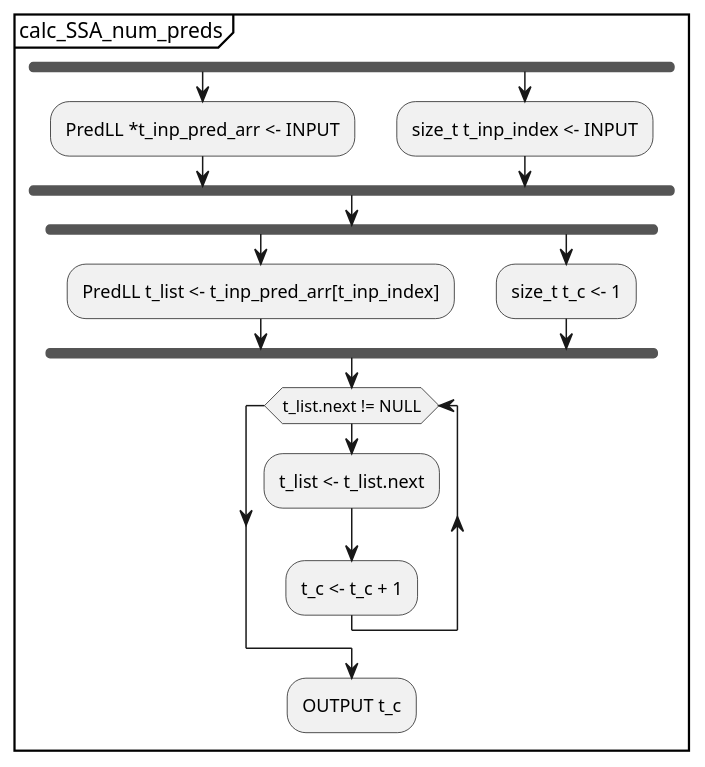
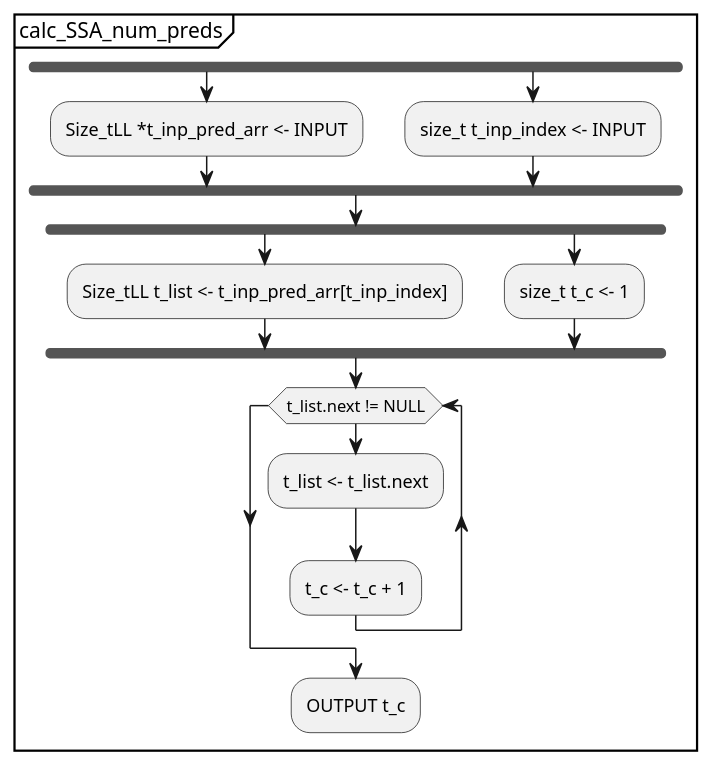
The diagram in docs/UML/Single_Static_Assignment_Generation_Scheme/submodules/md/calc_SSA_num_preds.md (KeithCBrett/Python-Compiler), drawn with PlantUML before and after one commit. The commit also changed 10 other files, not shown here.

```diff
--- a/docs/UML/Single_Static_Assignment_Generation_Scheme/submodules/md/calc_SSA_num_preds.md
+++ b/docs/UML/Single_Static_Assignment_Generation_Scheme/submodules/md/calc_SSA_num_preds.md
@@ -1,19 +1,19 @@
 @startuml
 partition calc_SSA_num_preds {
     fork
-        :PredLL *t_inp_pred_arr <- INPUT;
+        :Size_tLL *t_inp_pred_arr <- INPUT;
     fork again
         :size_t t_inp_index <- INPUT;
     fork end
     fork
-        :PredLL t_list <- t_inp_pred_arr[t_inp_index];
+        :Size_tLL t_list <- t_inp_pred_arr[t_inp_index];
     fork again
         :size_t t_c <- 1;
     fork end
     while (t_list.next != NULL)
         :t_list <- t_list.next;
         :t_c <- t_c + 1;
     endwhile
     :OUTPUT t_c;
 }
 @enduml
```
